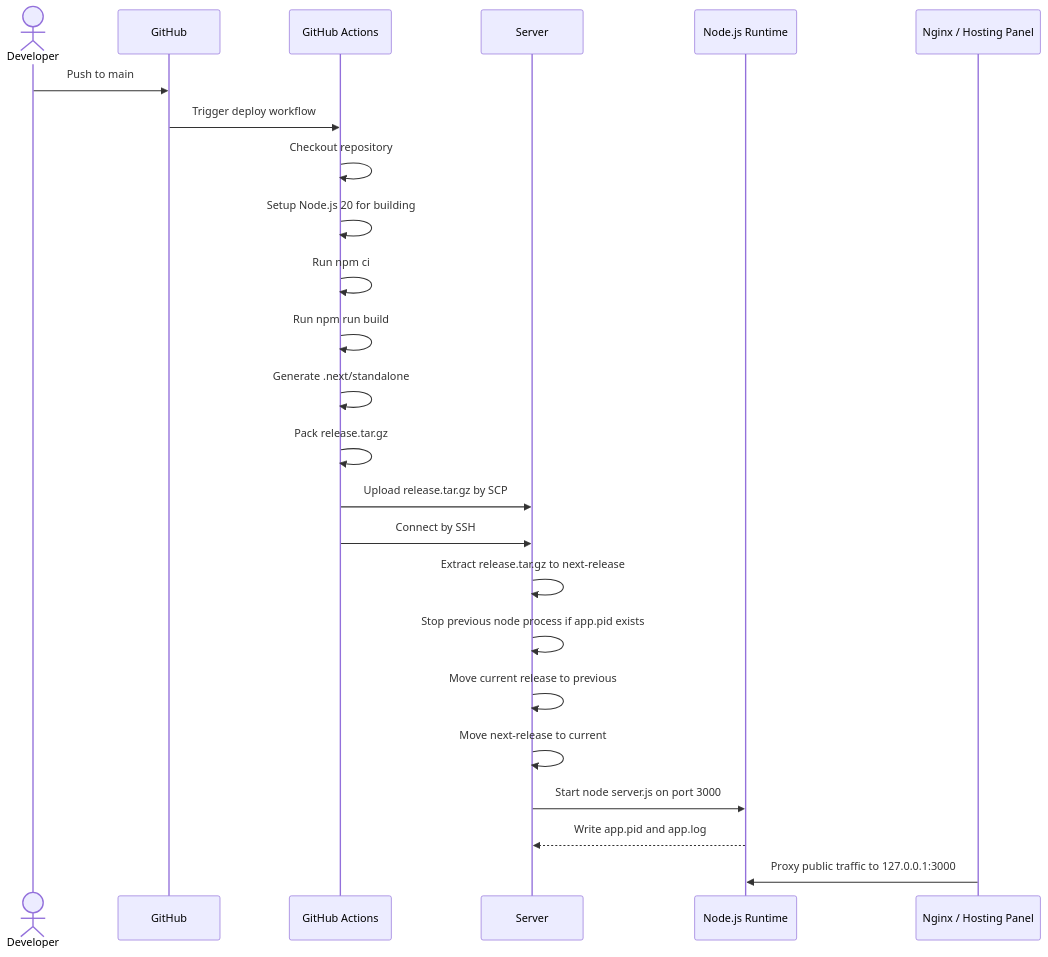
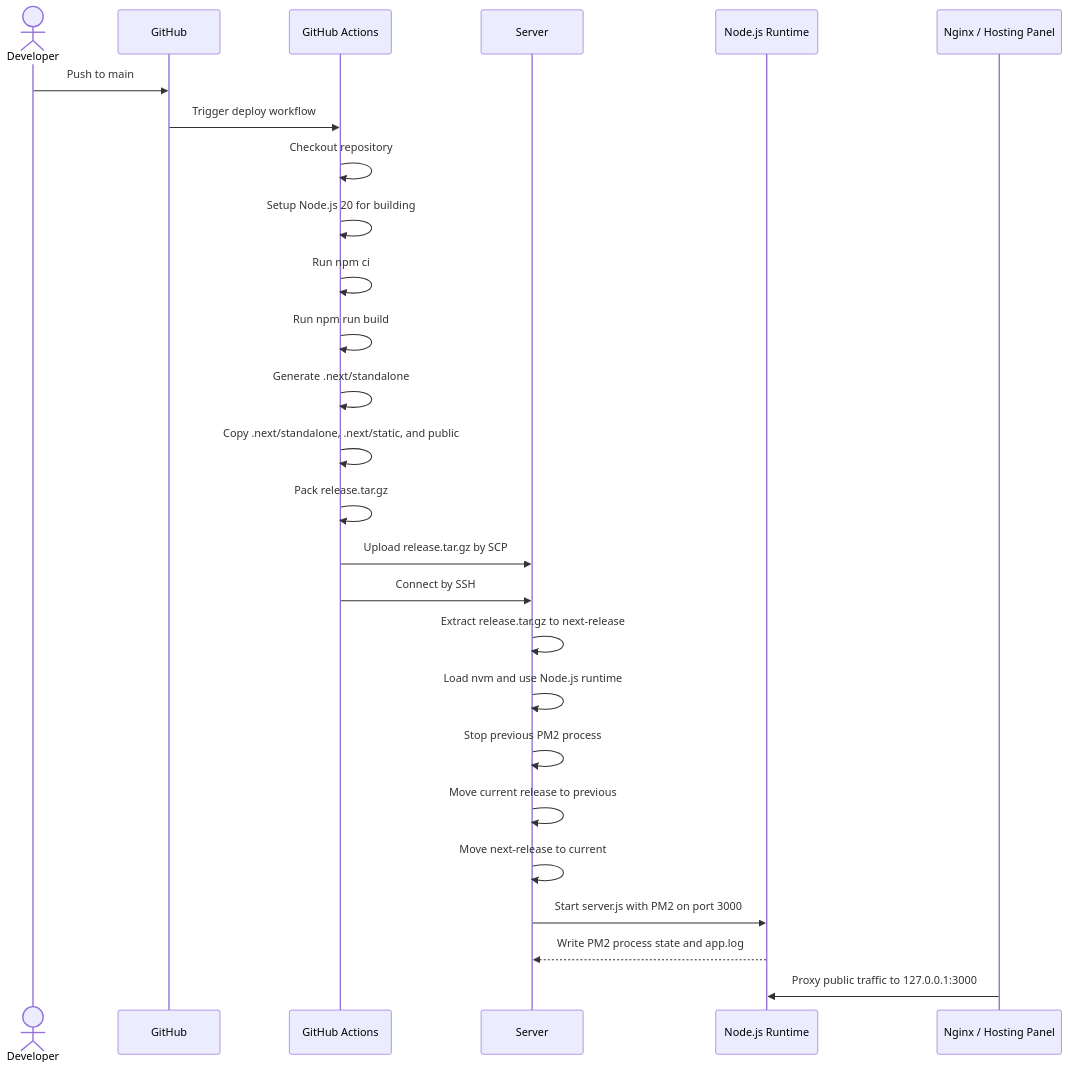
One commit to 0xSnickers/0xsnickers-website changed the diagram in README.md. Above: the diagram before and after it, drawn with Mermaid. The commit also changed other lines of this file, not shown here.

Commit message:
chore: enhance deployment workflow by integrating PM2 for process management, updating README with detailed release artifact structure, and clarifying static file handling

````diff
--- a/README.md
+++ b/README.md
@@ -87,27 +87,29 @@
 ```mermaid
 sequenceDiagram
   actor Dev as Developer
   participant GH as GitHub
   participant CI as GitHub Actions
   participant Server as Server
   participant App as Node.js Runtime
   participant Proxy as Nginx / Hosting Panel
 
   Dev->>GH: Push to main
   GH->>CI: Trigger deploy workflow
   CI->>CI: Checkout repository
   CI->>CI: Setup Node.js 20 for building
   CI->>CI: Run npm ci
   CI->>CI: Run npm run build
   CI->>CI: Generate .next/standalone
+  CI->>CI: Copy .next/standalone, .next/static, and public
   CI->>CI: Pack release.tar.gz
   CI->>Server: Upload release.tar.gz by SCP
   CI->>Server: Connect by SSH
   Server->>Server: Extract release.tar.gz to next-release
-  Server->>Server: Stop previous node process if app.pid exists
+  Server->>Server: Load nvm and use Node.js runtime
+  Server->>Server: Stop previous PM2 process
   Server->>Server: Move current release to previous
   Server->>Server: Move next-release to current
-  Server->>App: Start node server.js on port 3000
-  App-->>Server: Write app.pid and app.log
+  Server->>App: Start server.js with PM2 on port 3000
+  App-->>Server: Write PM2 process state and app.log
   Proxy->>App: Proxy public traffic to 127.0.0.1:3000
 ```
````
